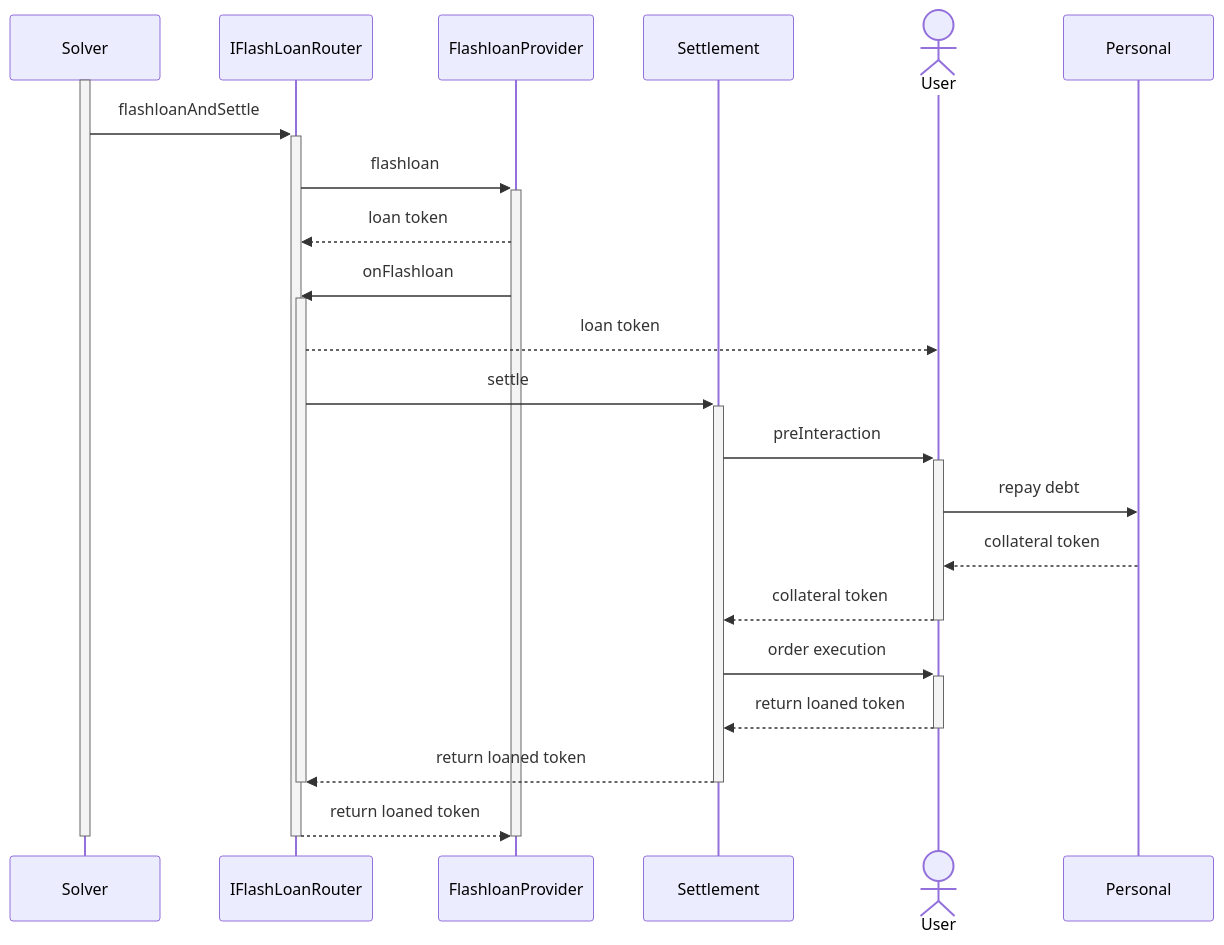
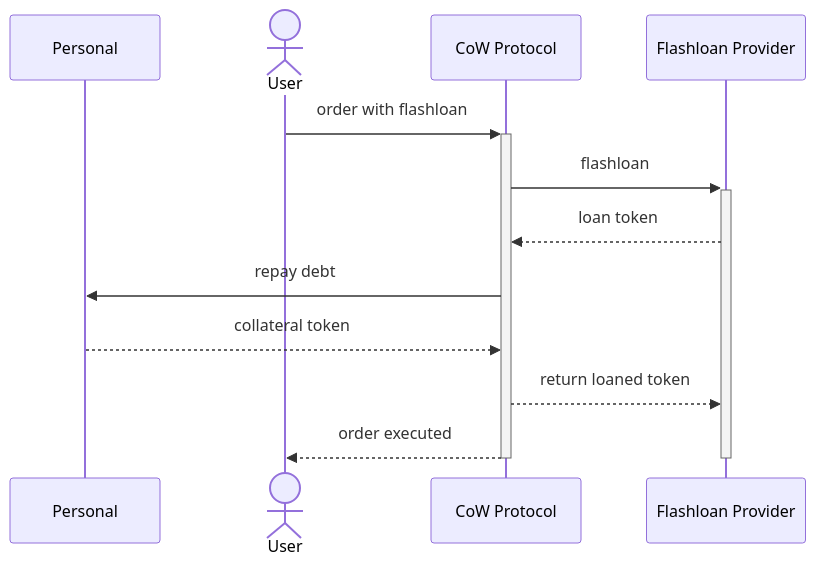
Before and after one commit to cowprotocol/docs: the diagram in docs/cow-protocol/concepts/flashloans/how-it-works.md, drawn with Mermaid. The commit also changed other lines of this file and 4 other files, not shown here.

````diff
--- a/docs/cow-protocol/concepts/flashloans/how-it-works.md
+++ b/docs/cow-protocol/concepts/flashloans/how-it-works.md
@@ -18,24 +18,16 @@
 ```mermaid
 sequenceDiagram
-    activate Solver
-    Solver->>+IFlashLoanRouter: flashloanAndSettle
-    IFlashLoanRouter->>+FlashloanProvider: flashloan
-    FlashloanProvider-->>IFlashLoanRouter: loan token
-    FlashloanProvider->>+IFlashLoanRouter: onFlashloan
-    participant Settlement
+    participant Personal
     actor User
-    IFlashLoanRouter-->>User: loan token
-    IFlashLoanRouter->>+Settlement: settle
-    Settlement->>+User: preInteraction
-    User->>Personal: repay debt
-    Personal-->>User: collateral token
-    User-->>-Settlement: collateral token
-    Settlement->>+User: order execution
-    User-->>-Settlement: return loaned token
-    Settlement-->>-IFlashLoanRouter: return loaned token
-    deactivate IFlashLoanRouter
-    IFlashLoanRouter-->>FlashloanProvider: return loaned token
-    deactivate FlashloanProvider
-    deactivate IFlashLoanRouter
-    deactivate Solver
+    participant CoW Protocol
+    participant Flashloan Provider
+    User->>+CoW Protocol: order with flashloan
+    CoW Protocol->>+Flashloan Provider: flashloan
+    Flashloan Provider-->>CoW Protocol: loan token
+    CoW Protocol->>Personal: repay debt
+    Personal-->>CoW Protocol: collateral token
+    CoW Protocol-->>Flashloan Provider: return loaned token
+    CoW Protocol-->>User: order executed
+    deactivate CoW Protocol
+    deactivate Flashloan Provider
 ```
````
